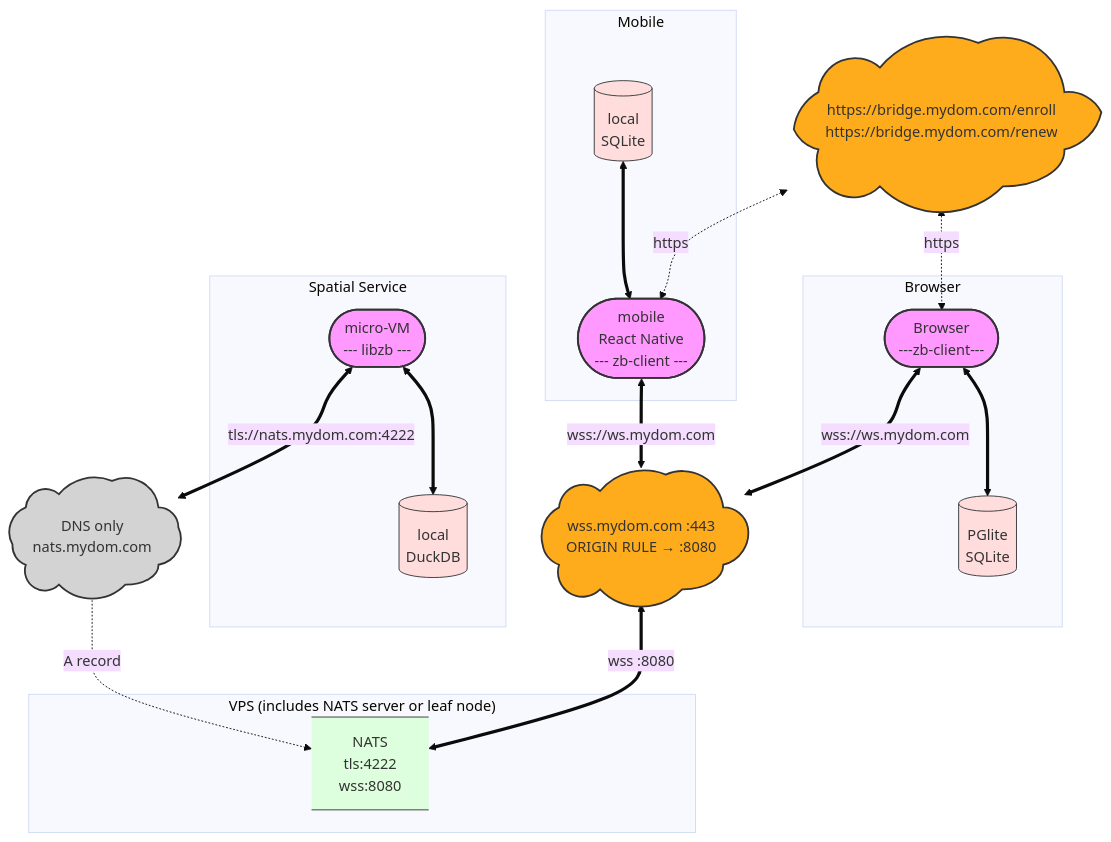
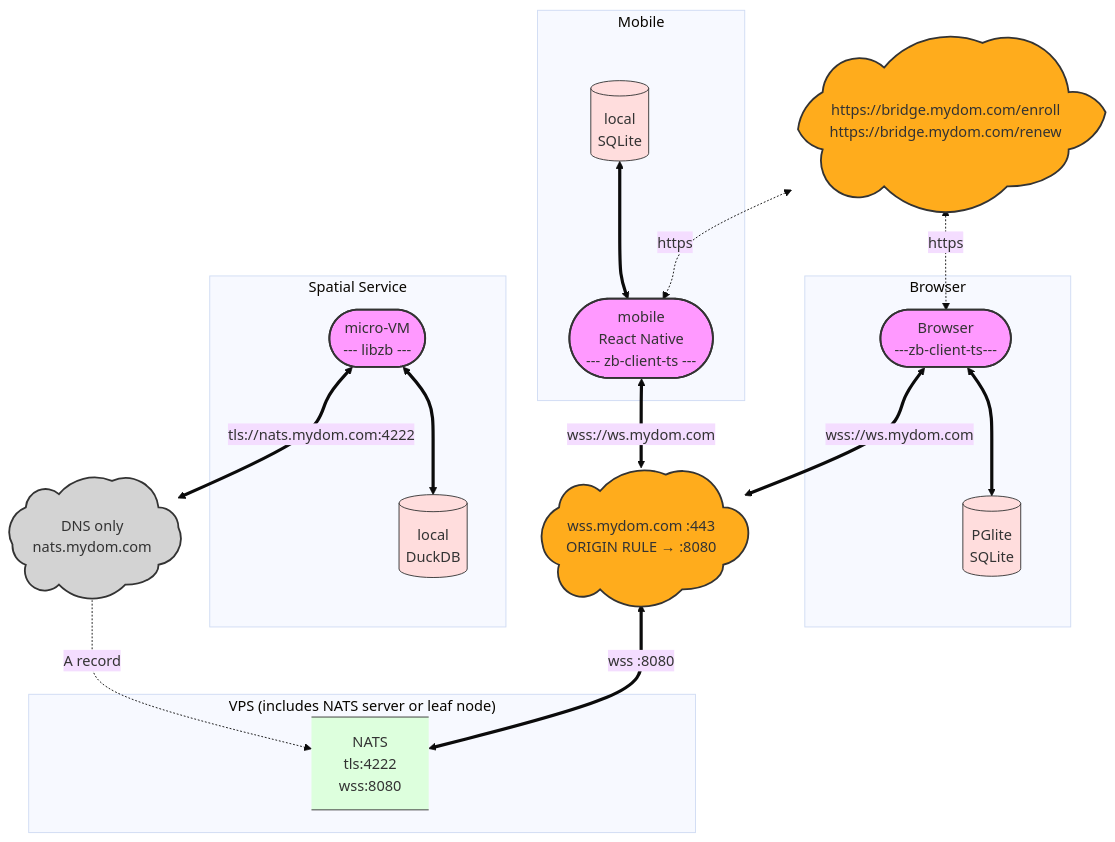
Before and after one commit to ndrean/ZeBridge: the third of 6 diagrams in README.md, drawn with Mermaid (base theme). The commit also changed other lines of this file, not shown here.

````diff
--- a/README.md
+++ b/README.md
@@ -391,50 +384,50 @@
 ```mermaid
 graph TD
     classDef external fill:#f9f,stroke:#333,stroke-width:2px;
     classDef orange-proxy fill:#FFAC1C,stroke:#333,stroke-width:2px;
     classDef grey-proxy fill:#D3D3D3,stroke:#333,stroke-width:2px;
     classDef internal fill:#dfd,stroke:#333,stroke-width:1px;
     classDef secure fill:#fdd,stroke:#333,stroke-width:1px;
     classDef telemetry fill:#fff2cc,stroke:#d6b656,stroke-width:1px;
     classDef daemon fill:#bdf3ff,stroke:#ac0100,stroke-width:2px;
 
     subgraph Mobile
-      UserMobile([mobile<br>React Native<br>--- zb-client ---]):::external
+      UserMobile([mobile<br>React Native<br>--- zb-client-ts ---]):::external
       LocalSQLite[(local<br>SQLite)]:::secure
       LocalSQLite <==>  UserMobile
     end
 
     subgraph Browser
-      B([Browser<br>---zb-client---]):::external
+      B([Browser<br>---zb-client-ts---]):::external
       LocalLite[(PGlite<br>SQLite)]:::secure
       B<==> LocalLite
     end
 
     subgraph Spatial Service
       VM([micro-VM<br>--- libzb ---]):::external
       LocalDuckDB[(local<br>DuckDB)]:::secure
       VM <==> LocalDuckDB
     end
 
     CF(["https://bridge.mydom.com/enroll<br>https://bridge.mydom.com/renew"]):::orange-proxy
     CF@{ shape: cloud }
     CFWS(["wss.mydom.com :443<br>ORIGIN RULE → :8080"]):::orange-proxy
     CFWS@{ shape: cloud }
     CFNATS(["DNS only<br>nats.mydom.com"]):::grey-proxy
     CFNATS@{ shape: cloud }
 
     
 
     subgraph VPS ["VPS (includes NATS server or leaf node)"]
         NATS[NATS<br>tls:4222<br>wss:8080]:::internal
         NATS@{ shape: data-store }
     end
 
     CF <-.-> |https| B
     CF <-.->|https| UserMobile
     B <==> |wss://ws.mydom.com| CFWS
     UserMobile <==>|wss://ws.mydom.com| CFWS
     CFWS <==>|wss :8080| NATS
     VM <==> |tls://nats.mydom.com:4222| CFNATS
     CFNATS -.->|A record| NATS
 ```
````
